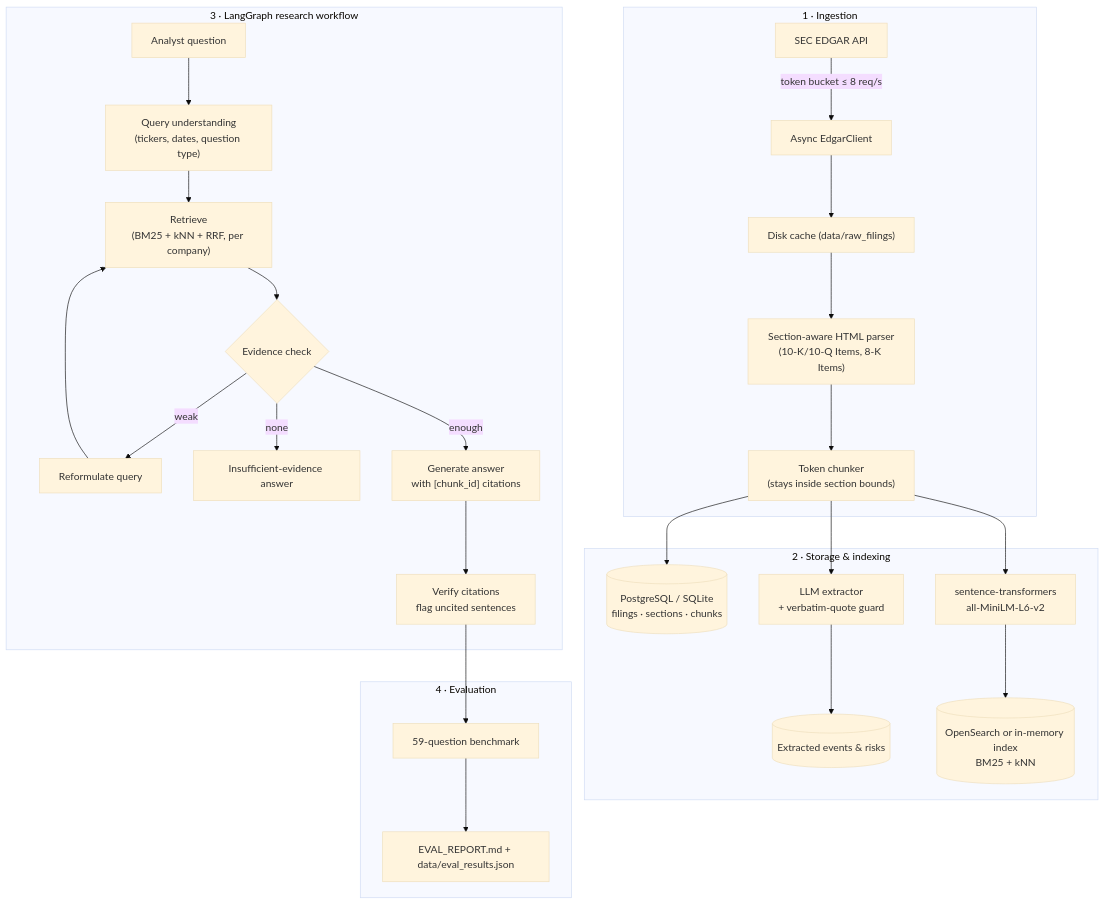
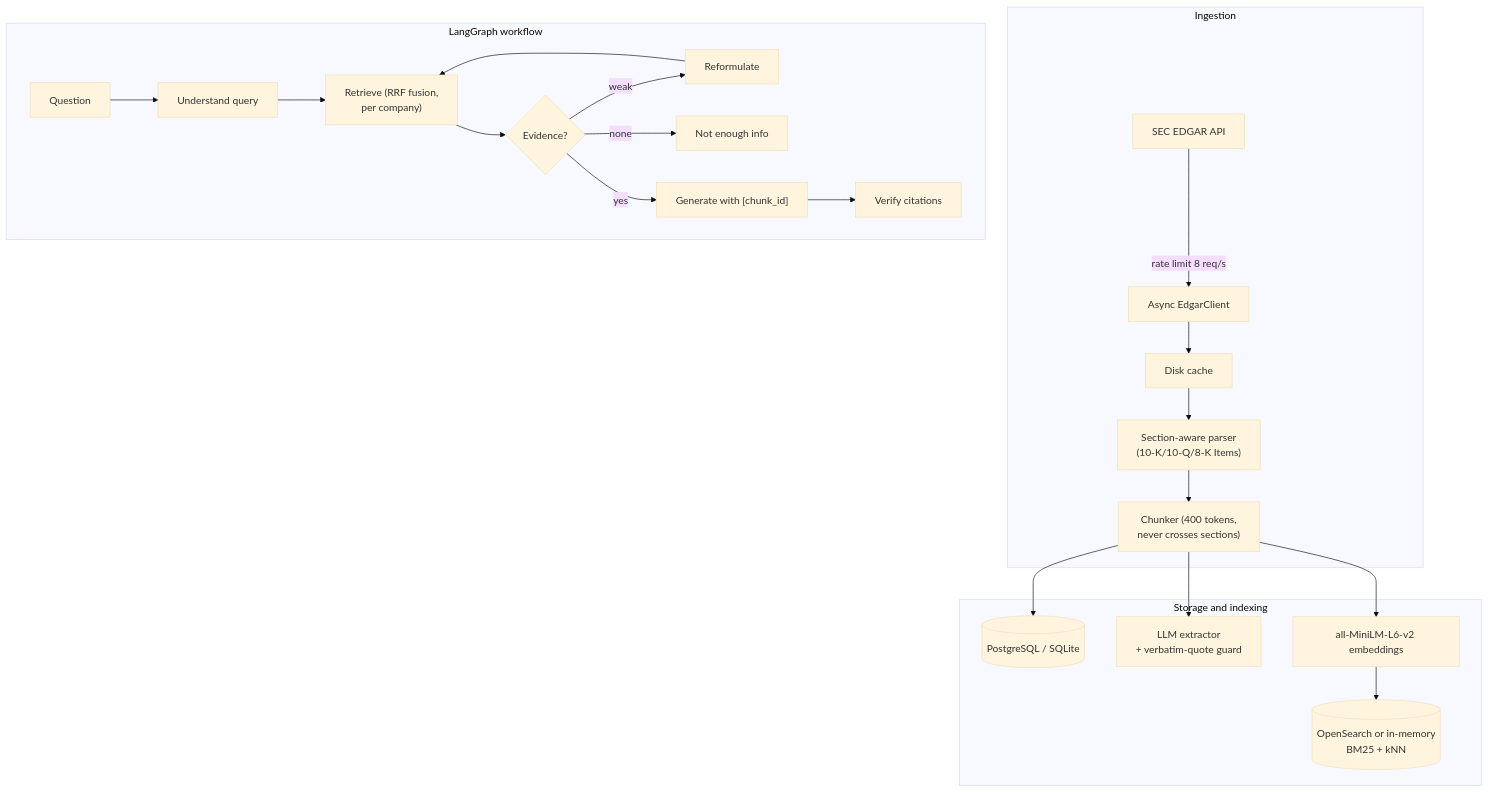
Before and after one commit to samruddhichitnis02/alphalens: the second of 2 diagrams in README.md, drawn with Mermaid (base theme). The commit also changed other lines of this file and 13 other files, not shown here.

First line of the commit message:
docs: replace README text with charts and remove emojis

````diff
--- a/README.md
+++ b/README.md
@@ -64,31 +36,22 @@
 ```mermaid
 flowchart TD
-    subgraph Ingest ["1 · Ingestion"]
-        SEC["SEC EDGAR API"] -->|"token bucket ≤ 8 req/s"| Client["Async EdgarClient"]
-        Client --> Cache["Disk cache (data/raw_filings)"]
-        Cache --> Parser["Section-aware HTML parser<br/>(10-K/10-Q Items, 8-K Items)"]
-        Parser --> Chunker["Token chunker<br/>(stays inside section bounds)"]
+    subgraph Ingest ["Ingestion"]
+        SEC["SEC EDGAR API"] -->|"rate limit 8 req/s"| Client["Async EdgarClient"]
+        Client --> Cache["Disk cache"]
+        Cache --> Parser["Section-aware parser<br/>(10-K/10-Q/8-K Items)"]
+        Parser --> Chunker["Chunker (400 tokens,<br/>never crosses sections)"]
     end
-
-    subgraph Store ["2 · Storage & indexing"]
-        Chunker --> DB[("PostgreSQL / SQLite<br/>filings · sections · chunks")]
+    subgraph Store ["Storage and indexing"]
+        Chunker --> DB[("PostgreSQL / SQLite")]
         Chunker --> Extractor["LLM extractor<br/>+ verbatim-quote guard"]
-        Extractor --> Facts[("Extracted events & risks")]
-        Chunker --> Embed["sentence-transformers<br/>all-MiniLM-L6-v2"]
-        Embed --> Index[("OpenSearch or in-memory index<br/>BM25 + kNN")]
+        Chunker --> Embed["all-MiniLM-L6-v2 embeddings"]
+        Embed --> Index[("OpenSearch or in-memory<br/>BM25 + kNN")]
     end
-
-    subgraph Flow ["3 · LangGraph research workflow"]
-        Q["Analyst question"] --> N1["Query understanding<br/>(tickers, dates, question type)"]
-        N1 --> N2["Retrieve<br/>(BM25 + kNN + RRF, per company)"]
-        N2 --> N3{"Evidence check"}
-        N3 -->|"weak"| N3b["Reformulate query"] --> N2
-        N3 -->|"none"| Abstain["Insufficient-evidence answer"]
-        N3 -->|"enough"| N4["Generate answer<br/>with [chunk_id] citations"]
-        N4 --> N5["Verify citations<br/>flag uncited sentences"]
-    end
-
-    subgraph Eval ["4 · Evaluation"]
-        N5 --> Bench["59-question benchmark"] --> Report["EVAL_REPORT.md + data/eval_results.json"]
+    subgraph Flow ["LangGraph workflow"]
+        Q["Question"] --> N1["Understand query"] --> N2["Retrieve (RRF fusion,<br/>per company)"]
+        N2 --> N3{"Evidence?"}
+        N3 -->|"weak"| N3b["Reformulate"] --> N2
+        N3 -->|"none"| Abstain["Not enough info"]
+        N3 -->|"yes"| N4["Generate with [chunk_id]"] --> N5["Verify citations"]
     end
 ```
````
